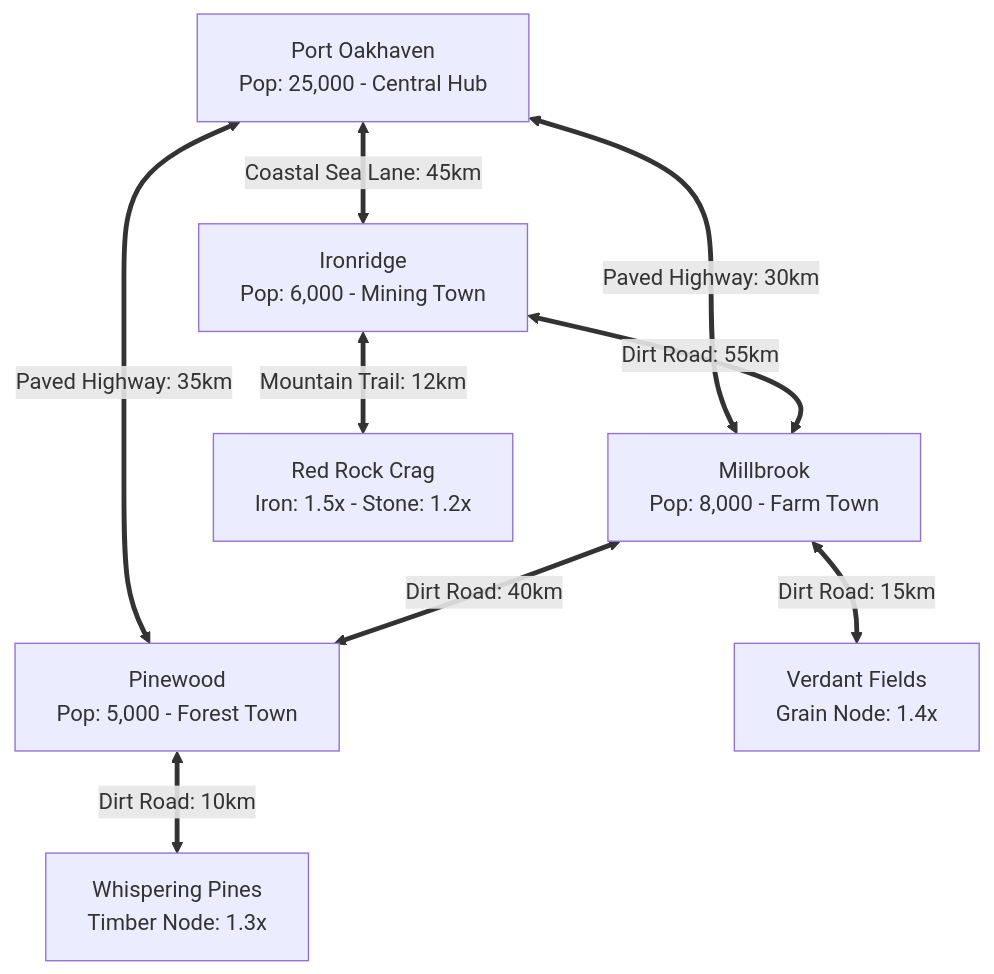
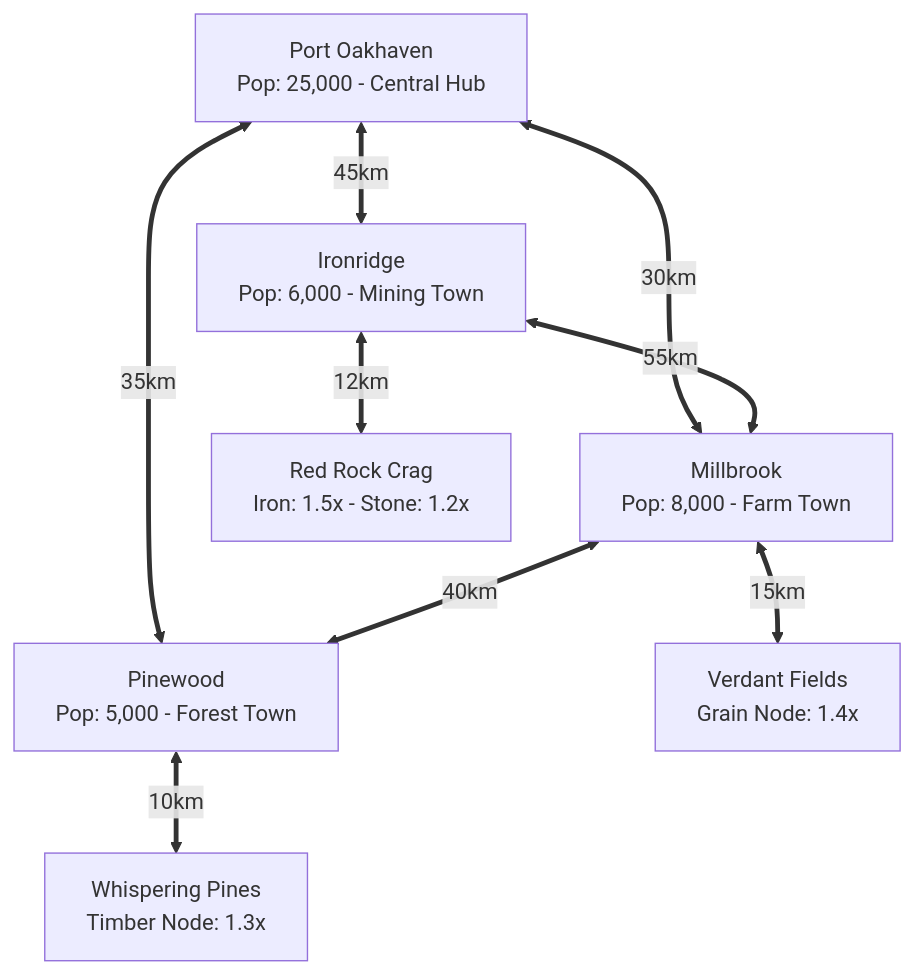
The diagram in docs/geography/starter-province-map.md (dmitrij-borchuk/economicSim), drawn with Mermaid before and after one commit. The commit also changed other lines of this file and 3 other files, not shown here.

````diff
--- a/docs/geography/starter-province-map.md
+++ b/docs/geography/starter-province-map.md
@@ -24,20 +24,20 @@
 ```mermaid
 graph TD
     PO[Port Oakhaven<br>Pop: 25,000 - Central Hub]
     MB[Millbrook<br>Pop: 8,000 - Farm Town]
     IR[Ironridge<br>Pop: 6,000 - Mining Town]
     PW[Pinewood<br>Pop: 5,000 - Forest Town]
 
     VF[Verdant Fields<br>Grain Node: 1.4x]
     WP[Whispering Pines<br>Timber Node: 1.3x]
     RC[Red Rock Crag<br>Iron: 1.5x - Stone: 1.2x]
 
-    PO <== Paved Highway: 30km ==> MB
-    MB <== Dirt Road: 15km ==> VF
-    PO <== Coastal Sea Lane: 45km ==> IR
-    IR <== Mountain Trail: 12km ==> RC
-    PO <== Paved Highway: 35km ==> PW
-    PW <== Dirt Road: 10km ==> WP
-    MB <== Dirt Road: 40km ==> PW
-    IR <== Dirt Road: 55km ==> MB
+    PO <== 30km ==> MB
+    MB <== 15km ==> VF
+    PO <== 45km ==> IR
+    IR <== 12km ==> RC
+    PO <== 35km ==> PW
+    PW <== 10km ==> WP
+    MB <== 40km ==> PW
+    IR <== 55km ==> MB
 ```
````
